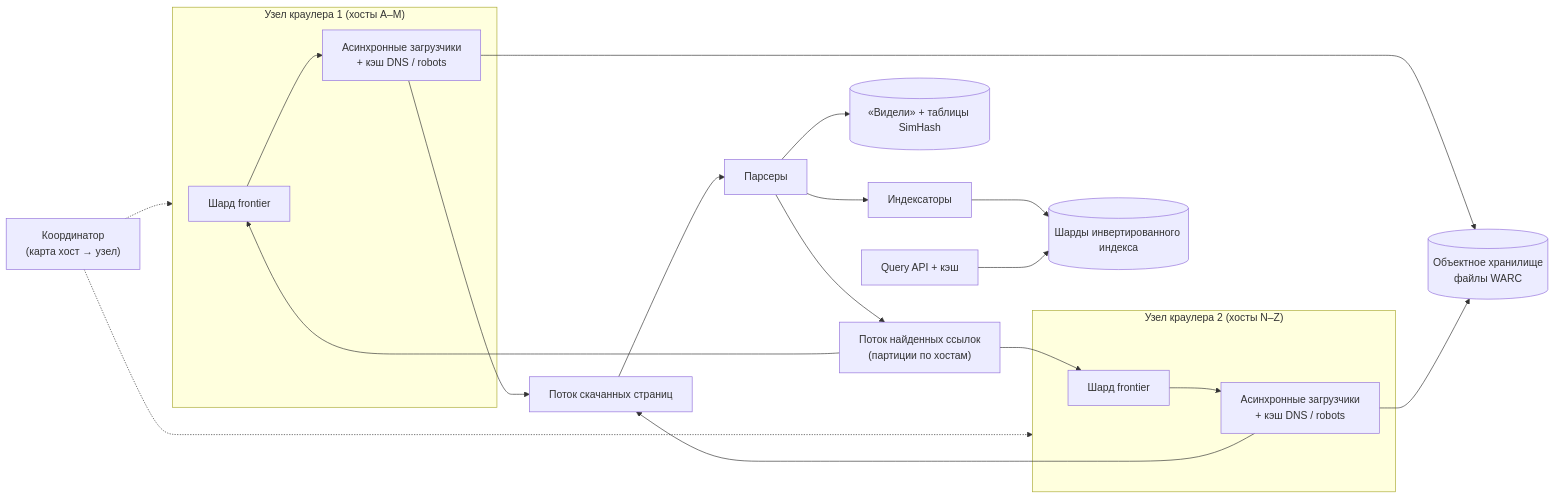
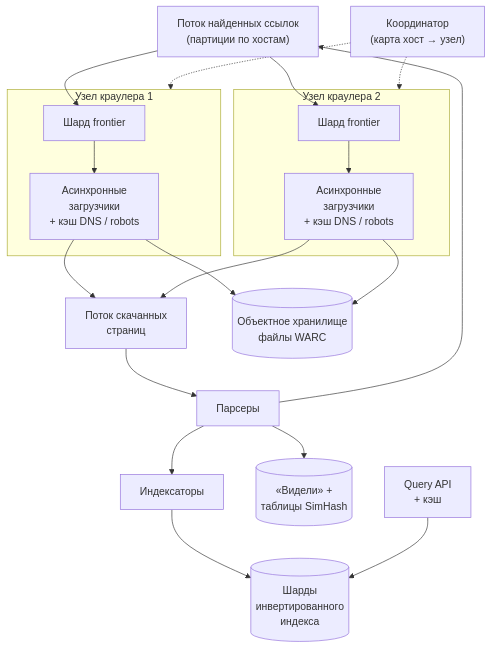
Before and after one commit to butyavk/system-design: the third of 3 diagrams in src/content/docs/ru/practice/web-crawler.mdx, drawn with Mermaid. The commit also changed other lines of this file and 144 other files, not shown here.

````diff
--- a/src/content/docs/ru/practice/web-crawler.mdx
+++ b/src/content/docs/ru/practice/web-crawler.mdx
@@ -341,18 +341,19 @@
 ```mermaid
-flowchart LR
+flowchart TB
+  links["Поток найденных ссылок<br/>(партиции по хостам)"]
   coord["Координатор<br/>(карта хост → узел)"] -.-> node1 & node2
-  subgraph node1 ["Узел краулера 1 (хосты A–M)"]
-    fr1["Шард frontier"] --> ft1["Асинхронные загрузчики<br/>+ кэш DNS / robots"]
+  subgraph node1 ["Узел краулера 1"]
+    fr1["Шард frontier"] --> ft1["Асинхронные<br/>загрузчики<br/>+ кэш DNS / robots"]
   end
-  subgraph node2 ["Узел краулера 2 (хосты N–Z)"]
-    fr2["Шард frontier"] --> ft2["Асинхронные загрузчики<br/>+ кэш DNS / robots"]
+  subgraph node2 ["Узел краулера 2"]
+    fr2["Шард frontier"] --> ft2["Асинхронные<br/>загрузчики<br/>+ кэш DNS / robots"]
   end
+  ft1 & ft2 --> pages["Поток скачанных<br/>страниц"]
   ft1 & ft2 --> warc[("Объектное хранилище<br/>файлы WARC")]
-  ft1 & ft2 --> pages["Поток скачанных страниц"]
   pages --> parse["Парсеры"]
-  parse --> links["Поток найденных ссылок<br/>(партиции по хостам)"]
+  parse --> idx["Индексаторы"] --> index[("Шарды<br/>инвертированного<br/>индекса")]
+  parse --> dedup[("«Видели» +<br/>таблицы SimHash")]
+  parse --> links
   links --> fr1 & fr2
-  parse --> dedup[("«Видели» + таблицы SimHash")]
-  parse --> idx["Индексаторы"] --> index[("Шарды инвертированного индекса")]
-  query["Query API + кэш"] --> index
+  query["Query API<br/>+ кэш"] --> index
 ```
````
